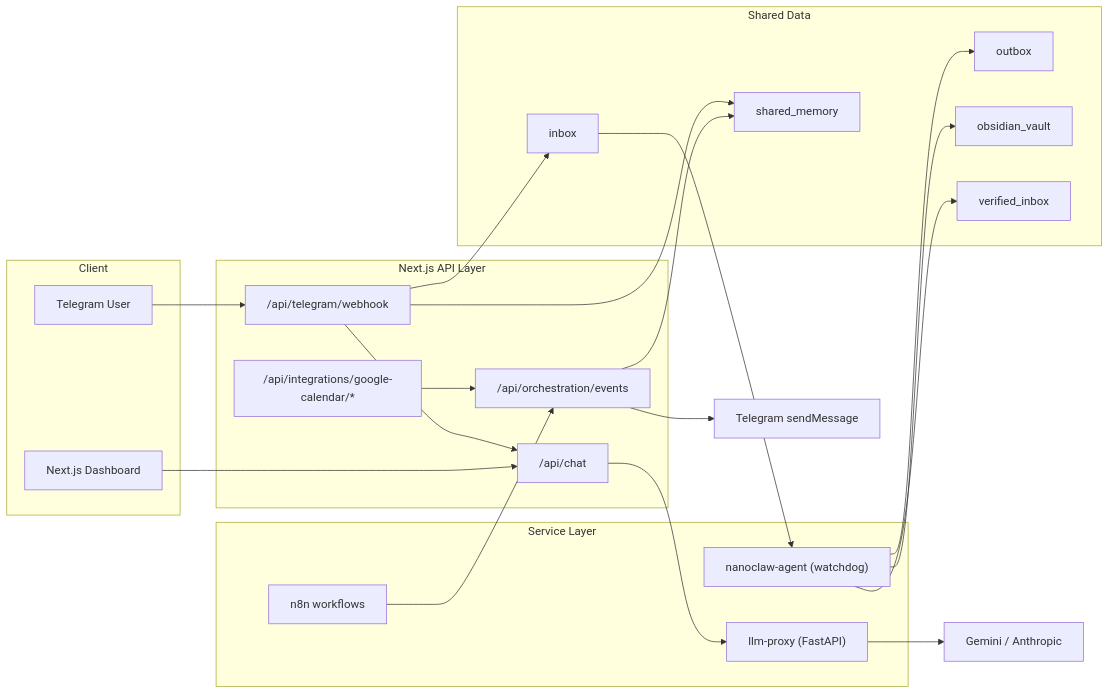
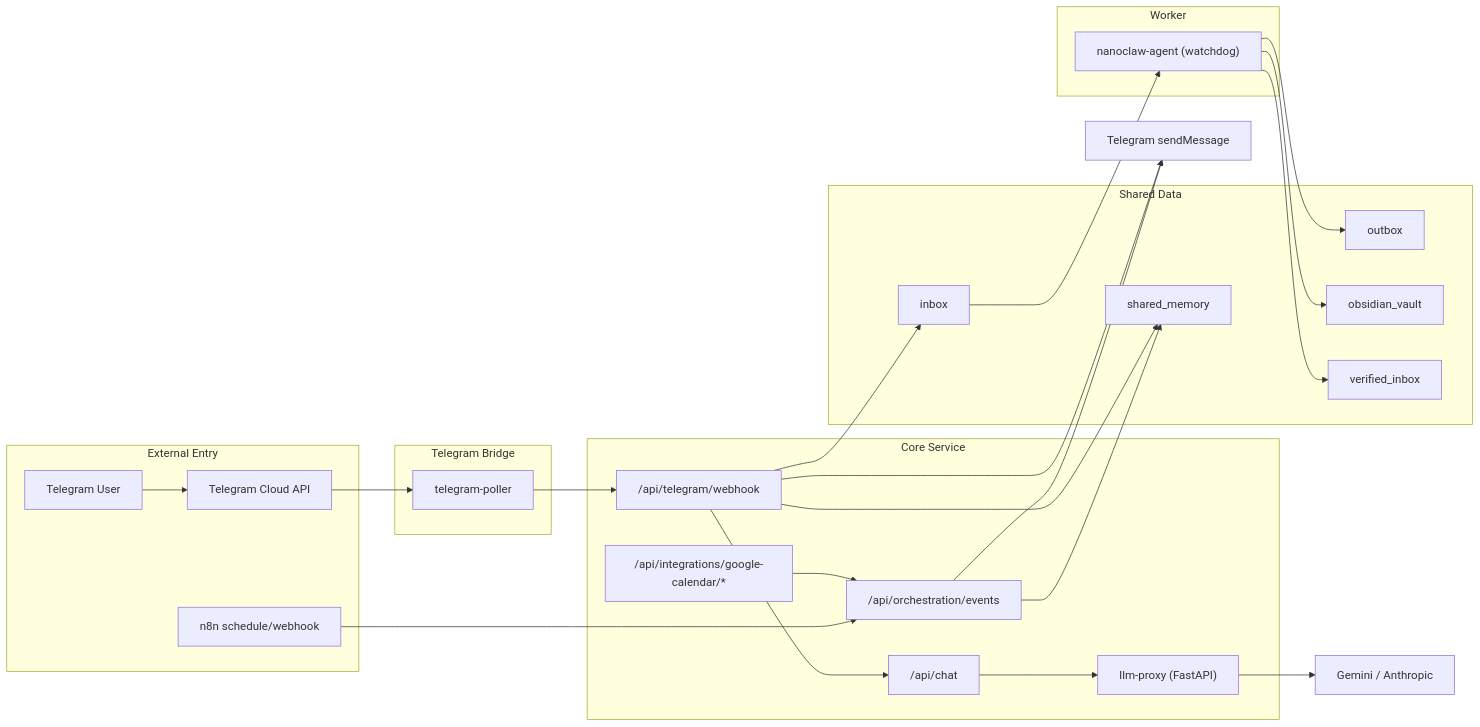
The first of 5 diagrams in docs/ARCHITECTURE.md (Merchantlee99/Personal-AI-agent-v2), drawn with Mermaid before and after one commit. The commit also changed other lines of this file and 136 other files, not shown here.

````diff
--- a/docs/ARCHITECTURE.md
+++ b/docs/ARCHITECTURE.md
@@ -18,47 +23,53 @@
 ```mermaid
 flowchart LR
-  subgraph CLIENT["Client"]
-    UI["Next.js Dashboard"]
+  subgraph ENTRY["External Entry"]
     TGUSER["Telegram User"]
+    N8N["n8n schedule/webhook"]
+    TAPI["Telegram Cloud API"]
   end
 
-  subgraph APP["Next.js API Layer"]
+  subgraph CORE["Core Service"]
+    PX["llm-proxy (FastAPI)"]
     CHAT["/api/chat"]
     ORCH["/api/orchestration/events"]
     TGCB["/api/telegram/webhook"]
     GCAL["/api/integrations/google-calendar/*"]
   end
 
-  subgraph CORE["Service Layer"]
-    PX["llm-proxy (FastAPI)"]
+  subgraph BRIDGE["Telegram Bridge"]
+    TGP["telegram-poller"]
+  end
+
+  subgraph WORKER["Worker"]
     AG["nanoclaw-agent (watchdog)"]
-    N8N["n8n workflows"]
   end
 
   subgraph STORE["Shared Data"]
     INBOX["inbox"]
     OUTBOX["outbox"]
     VAULT["obsidian_vault"]
     VERIFIED["verified_inbox"]
     MEMORY["shared_memory"]
   end
 
-  UI --> CHAT
+  TGUSER --> TAPI
+  TAPI --> TGP
+  TGP --> TGCB
+  TGCB --> CHAT
   CHAT --> PX
   PX --> LLM["Gemini / Anthropic"]
 
   N8N --> ORCH
   ORCH --> TGAPI["Telegram sendMessage"]
-  TGUSER --> TGCB
-  TGCB --> CHAT
+  TGCB --> TGAPI
+
   TGCB --> INBOX
-
   INBOX --> AG
   AG --> OUTBOX
   AG --> VAULT
   AG --> VERIFIED
 
   ORCH --> MEMORY
   TGCB --> MEMORY
   GCAL --> ORCH
 ```
````
